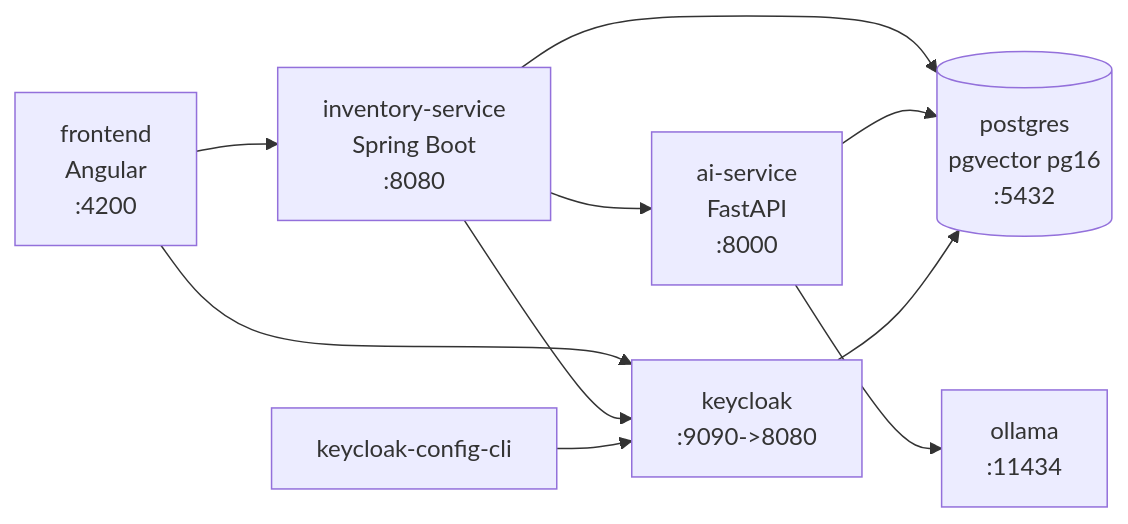
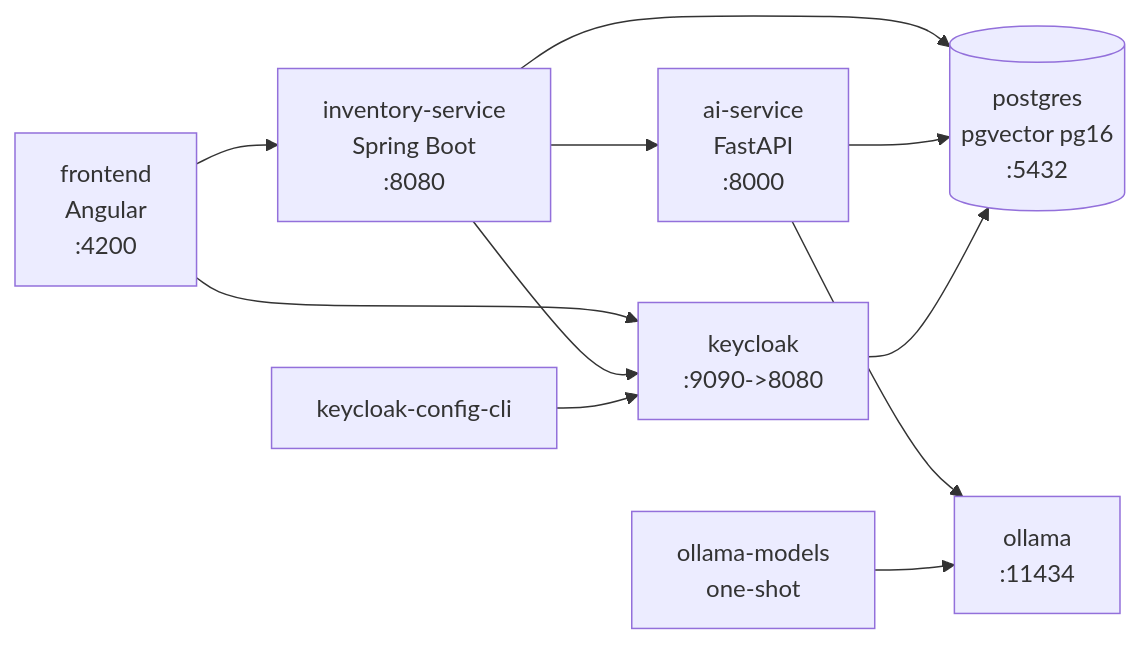
Before and after one commit to Alexlizzt/NeuroInventory: the diagram in docs/architecture/container.md, drawn with Mermaid. The commit also changed other lines of this file and 3 other files, not shown here.

````diff
--- a/docs/architecture/container.md
+++ b/docs/architecture/container.md
@@ -7,27 +7,30 @@
 ```mermaid
 flowchart LR
 
     FE[frontend<br/>Angular<br/>:4200]
 
     INV[inventory-service<br/>Spring Boot<br/>:8080]
 
     AI[ai-service<br/>FastAPI<br/>:8000]
 
     KC[keycloak<br/>:9090->8080]
 
     KCC[keycloak-config-cli]
 
     DB[(postgres<br/>pgvector pg16<br/>:5432)]
 
     OL[ollama<br/>:11434]
 
+    OLM[ollama-models<br/>one-shot]
+
     FE --> INV
     FE --> KC
     INV --> DB
     INV --> KC
     INV --> AI
     AI --> DB
     AI --> OL
+    OLM --> OL
     KCC --> KC
     KC --> DB
 ```
````
